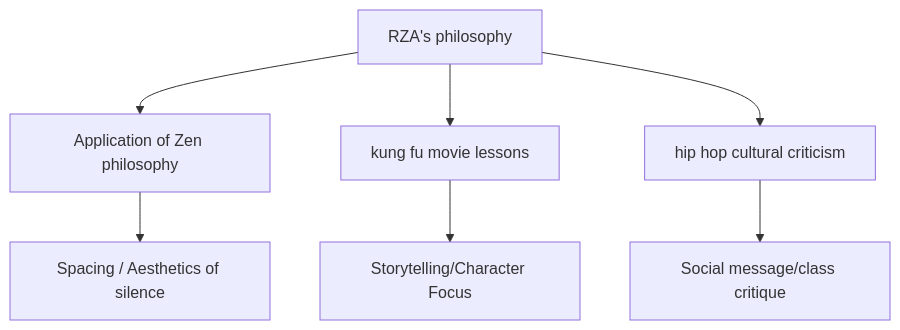
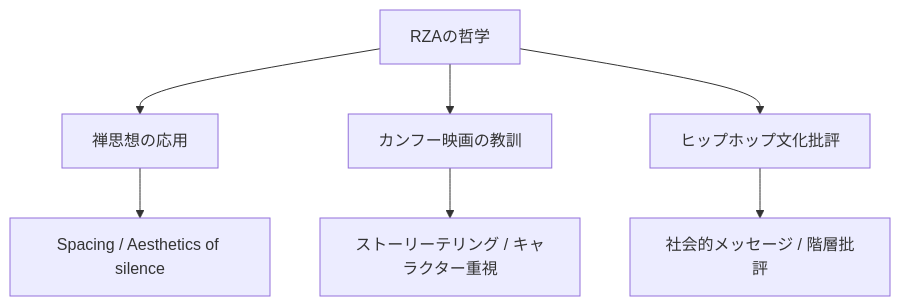
One commit to monumental-movement/monumental-movement.github.io changed the fourth of 8 diagrams in en/_posts/2025-11-21-column-rza.md. Above: the diagram before and after it, drawn with Mermaid. The commit also changed other lines of this file and 2196 other files, not shown here.

```diff
--- a/en/_posts/2025-11-21-column-rza.md
+++ b/en/_posts/2025-11-21-column-rza.md
@@ -174,11 +173,11 @@
 <div class="mermaid">
 
 flowchart TD
-    A[RZA's philosophy] --> B[Application of Zen philosophy]
-    A --> C[kung fu movie lessons]
-    A --> D[hip hop cultural criticism]
+    A[RZAの哲学] --> B[禅思想の応用]
+    A --> C[カンフー映画の教訓]
+    A --> D[ヒップホップ文化批評]
     B --> E[Spacing / Aesthetics of silence]
-    C --> F[Storytelling/Character Focus]
-    D --> G[Social message/class critique]
+    C --> F[ストーリーテリング / キャラクター重視]
+    D --> G[社会的メッセージ / 階層批評]
 
 </div>
```
